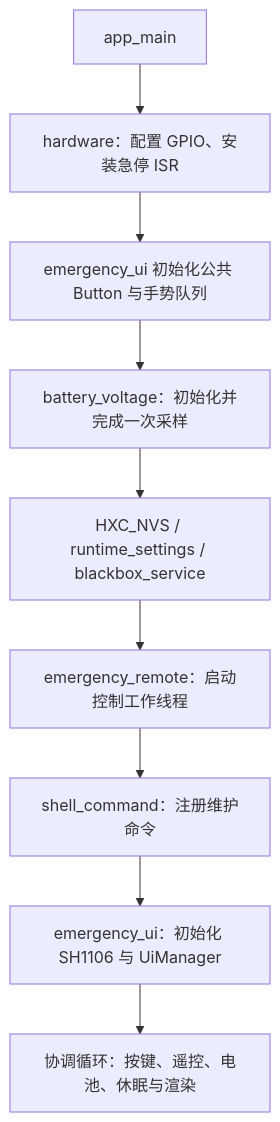
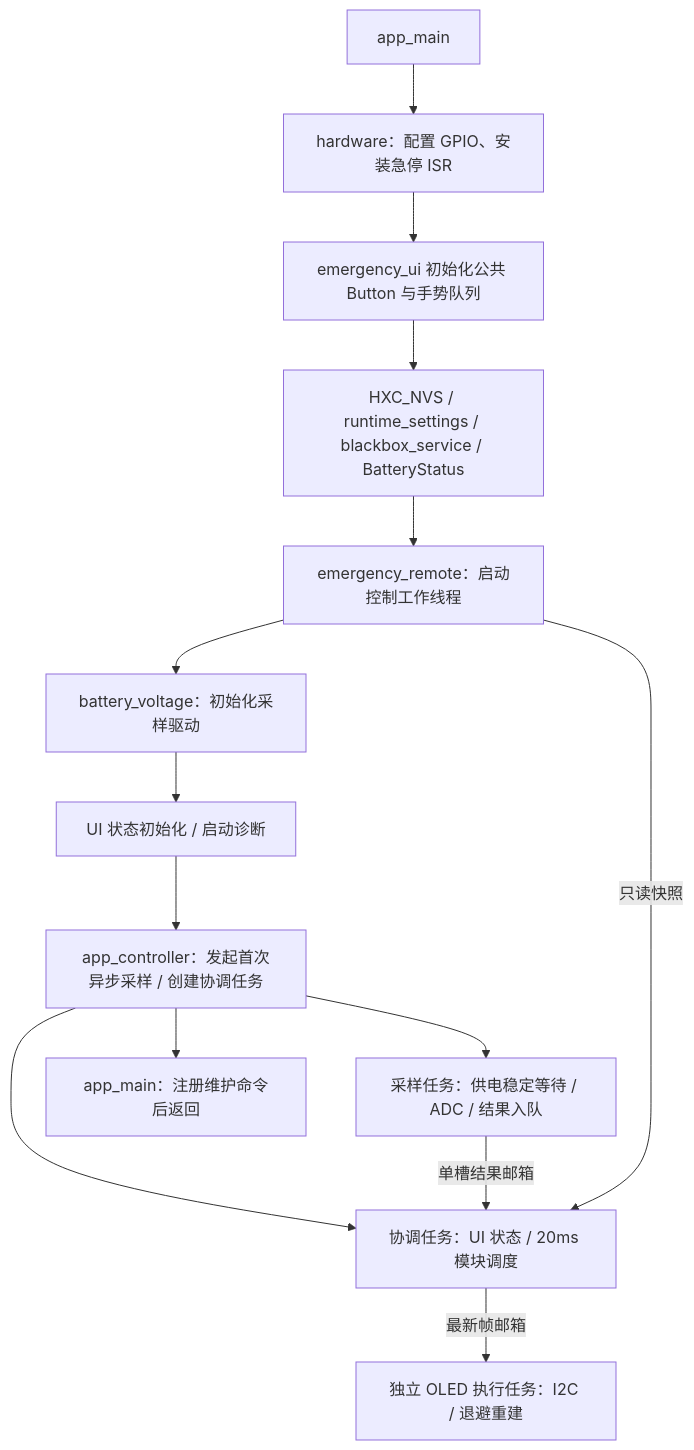
One commit to qingmeijiupiao/Wireless_power_emergency_stop changed the second of 3 diagrams in README.md. Above: the diagram before and after it, drawn with Mermaid. The commit also changed other lines of this file and 131 other files, not shown here.

````diff
--- a/README.md
+++ b/README.md
@@ -69,11 +72,16 @@
 ```mermaid
 flowchart TD
     Start["app_main"] --> HW["hardware：配置 GPIO、安装急停 ISR"]
     HW --> Button["emergency_ui 初始化公共 Button 与手势队列"]
-    Button --> Battery["battery_voltage：初始化并完成一次采样"]
-    Battery --> Storage["HXC_NVS / runtime_settings / blackbox_service"]
+    Button --> Storage["HXC_NVS / runtime_settings / blackbox_service / BatteryStatus"]
     Storage --> Remote["emergency_remote：启动控制工作线程"]
-    Remote --> Shell["shell_command：注册维护命令"]
-    Shell --> UI["emergency_ui：初始化 SH1106 与 UiManager"]
-    UI --> Loop["协调循环：按键、遥控、电池、休眠与渲染"]
+    Remote --> Battery["battery_voltage：初始化采样驱动"]
+    Battery --> Logic["UI 状态初始化 / 启动诊断"]
+    Logic --> Controller["app_controller：发起首次异步采样 / 创建协调任务"]
+    Controller --> Sample["采样任务：供电稳定等待 / ADC / 结果入队"]
+    Controller --> UI["协调任务：UI 状态 / 20ms 模块调度"]
+    UI -->|最新帧邮箱| OLED["独立 OLED 执行任务：I2C / 退避重建"]
+    Controller --> Shell["app_main：注册维护命令后返回"]
+    Sample -->|单槽结果邮箱| UI
+    Remote -->|只读快照| UI
 ```
````
